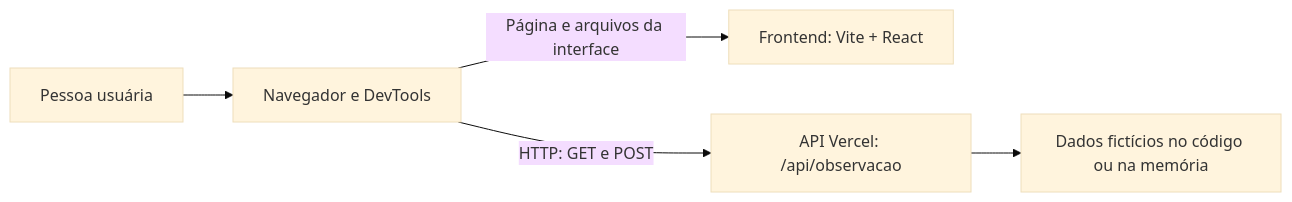
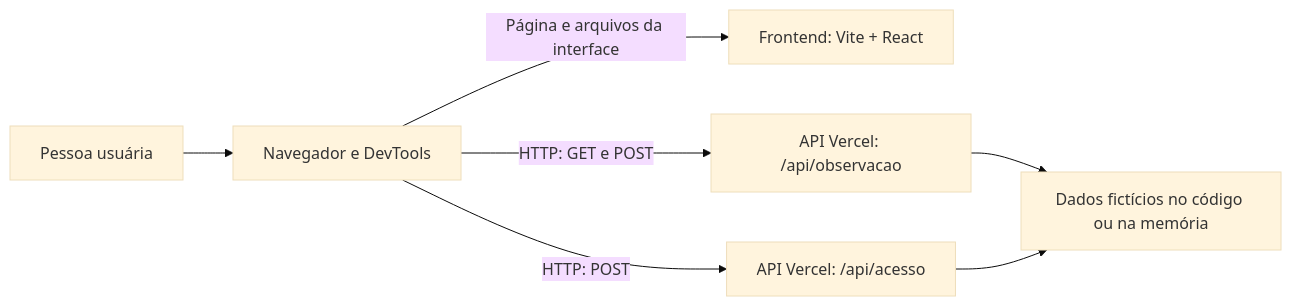
One commit to natanielptech/seguranca-aplicacoes-web-m1 changed the first of 2 diagrams in docs/README.md. Above: the diagram before and after it, drawn with Mermaid (base theme). The commit also changed other lines of this file and 1 other file, not shown here.

````diff
--- a/docs/README.md
+++ b/docs/README.md
@@ -13,7 +13,9 @@
 ```mermaid
 flowchart LR
     U[Pessoa usuária] --> N[Navegador e DevTools]
     N -->|Página e arquivos da interface| F["Frontend: Vite + React"]
     N -->|HTTP: GET e POST| A["API Vercel: /api/observacao"]
+    N -->|HTTP: POST| X["API Vercel: /api/acesso"]
     A --> D[Dados fictícios no código ou na memória]
+    X --> D
 ```
````
